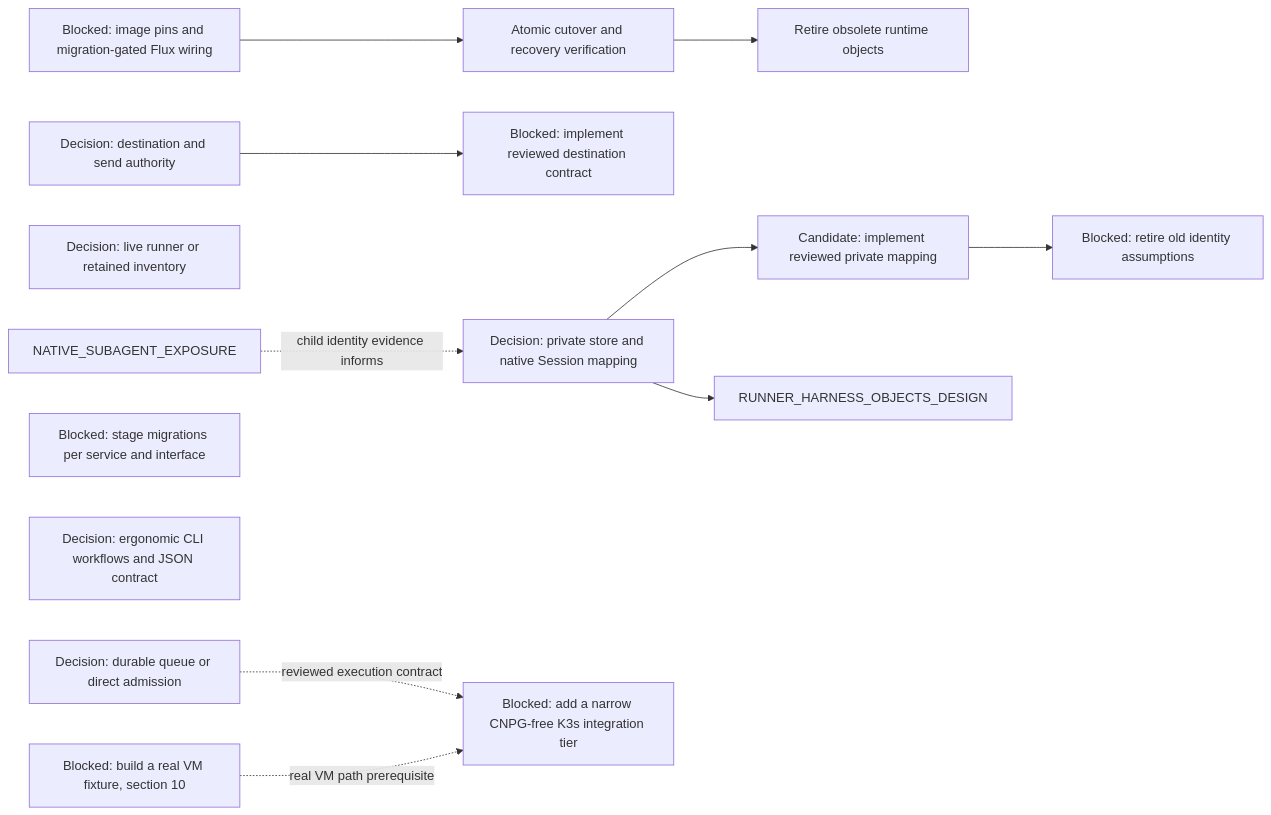
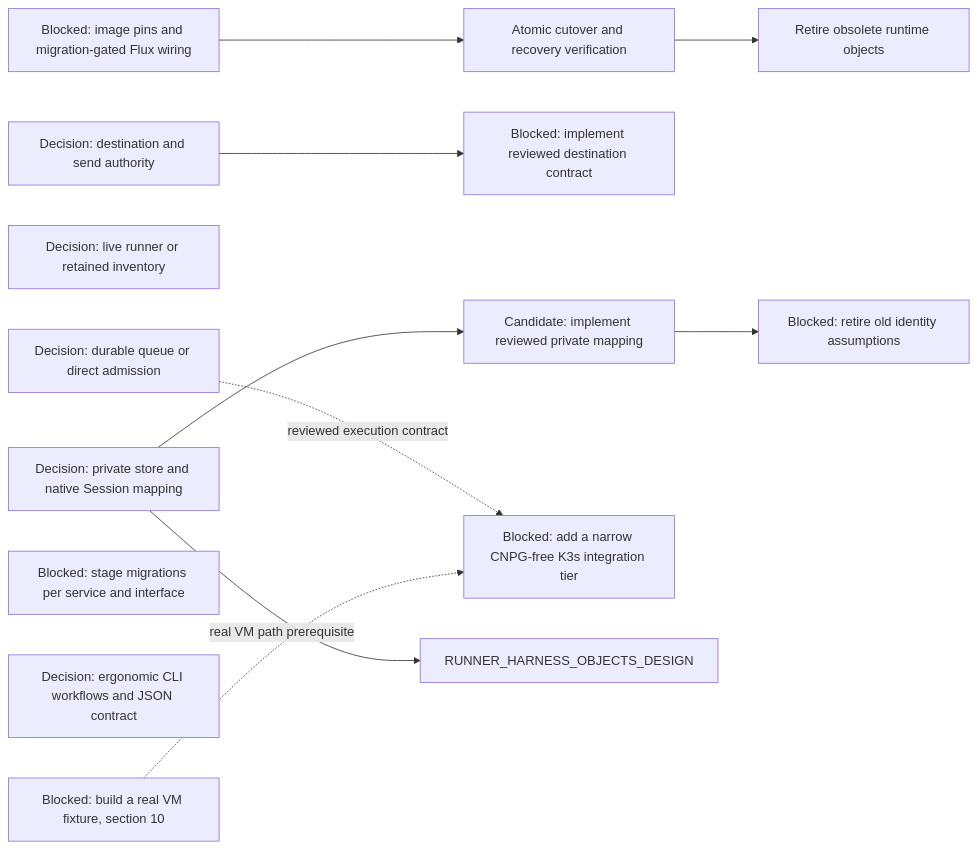
Diagram 16 of 16 in agentplane/plans/task_dag.md (agentydragon-agent/ducktape), drawn with Mermaid before and after one commit. The commit also changed other lines of this file and 4 other files, not shown here.

Commit message:
Retire completed native subagent research from the task DAG

````diff
--- a/agentplane/plans/task_dag.md
+++ b/agentplane/plans/task_dag.md
@@ -1332,26 +1318,25 @@
 ```mermaid
 flowchart LR
     DISPATCHER_PERSISTENCE_MODEL_DESIGN[Decision: durable queue or direct admission]
     GATEWAY_GO_ROLLOUT_CONFIG[Blocked: image pins and migration-gated Flux wiring]
     DELIVERY_UNIFIED_CUTOVER[Atomic cutover and recovery verification]
     DELIVERY_OLD_RUNTIME_RETIRE[Retire obsolete runtime objects]
     RUNNER_INVENTORY_AUTHORITY_DESIGN[Decision: live runner or retained inventory]
     DELIVERY_DESTINATION_AUTHORITY_DESIGN[Decision: destination and send authority]
     DELIVERY_DESTINATION_CONTRACT[Blocked: implement reviewed destination contract]
     HARNESS_IDENTITY_DESIGN[Decision: private store and native Session mapping]
     RUNNER_STORE_SESSION_IDENTITY[Candidate: implement reviewed private mapping]
     RUNNER_IDENTITY_LEGACY_CLEANUP[Blocked: retire old identity assumptions]
     SERVICE_API_TRANSPORT_MIGRATIONS[Blocked: stage migrations per service and interface]
     AGENT_API_TOOLING_DESIGN[Decision: ergonomic CLI workflows and JSON contract]
     CNPG_FREE_K3S_INTEGRATION_TIER[Blocked: add a narrow CNPG-free K3s integration tier]
     K3S_VM_IMAGE[Blocked: build a real VM fixture, section 10]
     GATEWAY_GO_ROLLOUT_CONFIG --> DELIVERY_UNIFIED_CUTOVER
     DELIVERY_UNIFIED_CUTOVER --> DELIVERY_OLD_RUNTIME_RETIRE
     DELIVERY_DESTINATION_AUTHORITY_DESIGN --> DELIVERY_DESTINATION_CONTRACT
     RUNNER_STORE_SESSION_IDENTITY --> RUNNER_IDENTITY_LEGACY_CLEANUP
-    NATIVE_SUBAGENT_EXPOSURE -. child identity evidence informs .-> HARNESS_IDENTITY_DESIGN
     HARNESS_IDENTITY_DESIGN --> RUNNER_STORE_SESSION_IDENTITY
     HARNESS_IDENTITY_DESIGN --> RUNNER_HARNESS_OBJECTS_DESIGN
     DISPATCHER_PERSISTENCE_MODEL_DESIGN -. reviewed execution contract .-> CNPG_FREE_K3S_INTEGRATION_TIER
     K3S_VM_IMAGE -. real VM path prerequisite .-> CNPG_FREE_K3S_INTEGRATION_TIER
 ```
````
